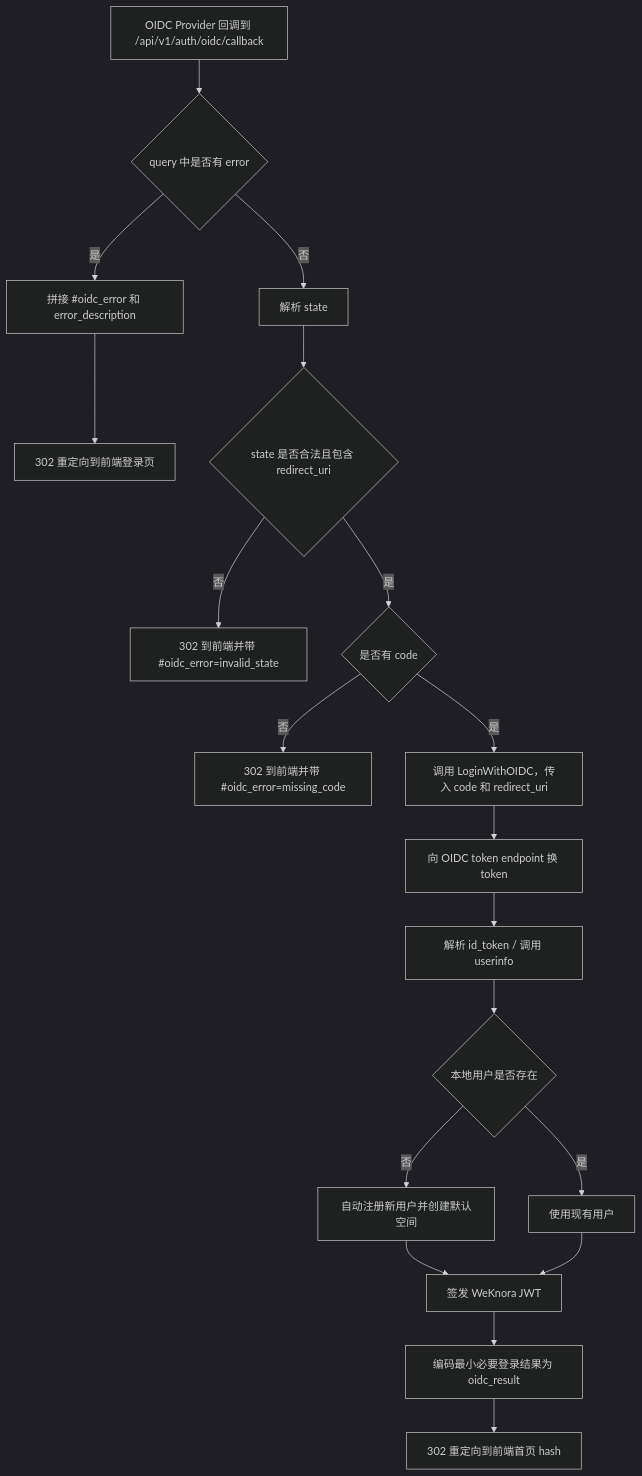
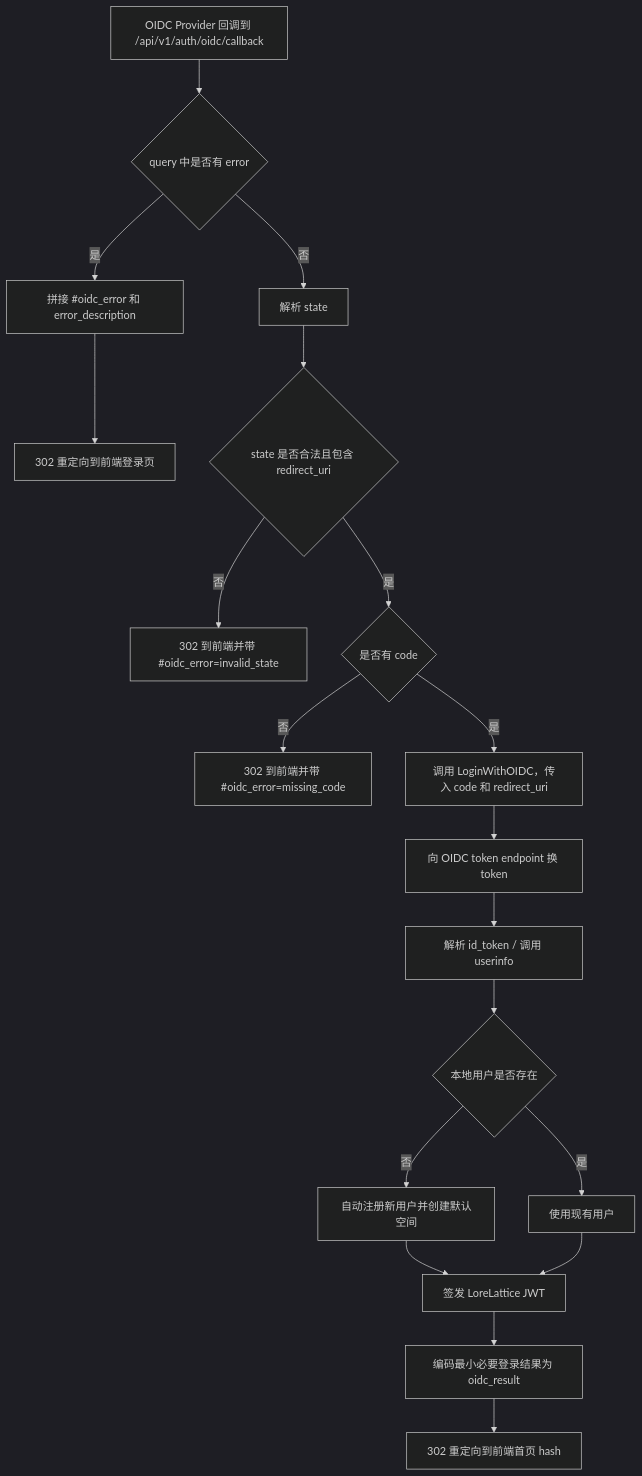
One commit to Pototoooo/LoreLattice changed the second of 2 diagrams in docs/OIDC认证调用流程.md. Above: the diagram before and after it, drawn with Mermaid (dark theme). The commit also changed other lines of this file and 1462 other files, not shown here.

Commit message:
chore: rename project to LoreLattice

````diff
--- a/docs/OIDC认证调用流程.md
+++ b/docs/OIDC认证调用流程.md
@@ -104,24 +104,24 @@
 ```mermaid
 flowchart TD
     A[OIDC Provider 回调到 /api/v1/auth/oidc/callback] --> B{query 中是否有 error}
     B -- 是 --> C[拼接 #oidc_error 和 error_description]
     C --> D[302 重定向到前端登录页]
 
     B -- 否 --> E[解析 state]
     E --> F{state 是否合法且包含 redirect_uri}
     F -- 否 --> G[302 到前端并带 #oidc_error=invalid_state]
 
     F -- 是 --> H{是否有 code}
     H -- 否 --> I[302 到前端并带 #oidc_error=missing_code]
 
     H -- 是 --> J[调用 LoginWithOIDC，传入 code 和 redirect_uri]
     J --> K[向 OIDC token endpoint 换 token]
     K --> L[解析 id_token / 调用 userinfo]
     L --> M{本地用户是否存在}
     M -- 否 --> N[自动注册新用户并创建默认空间]
     M -- 是 --> O[使用现有用户]
-    N --> P[签发 WeKnora JWT]
+    N --> P[签发 LoreLattice JWT]
     O --> P
     P --> Q[编码最小必要登录结果为 oidc_result]
     Q --> R[302 重定向到前端首页 hash]
 ```
````
